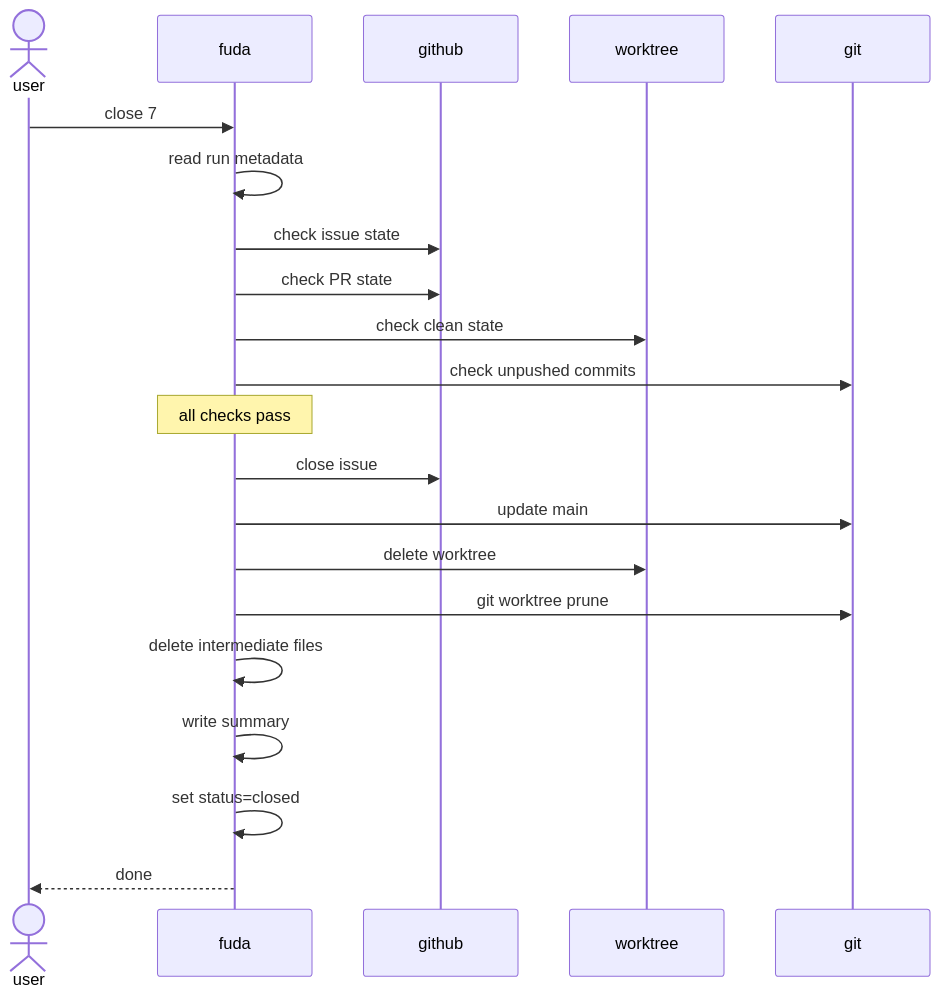
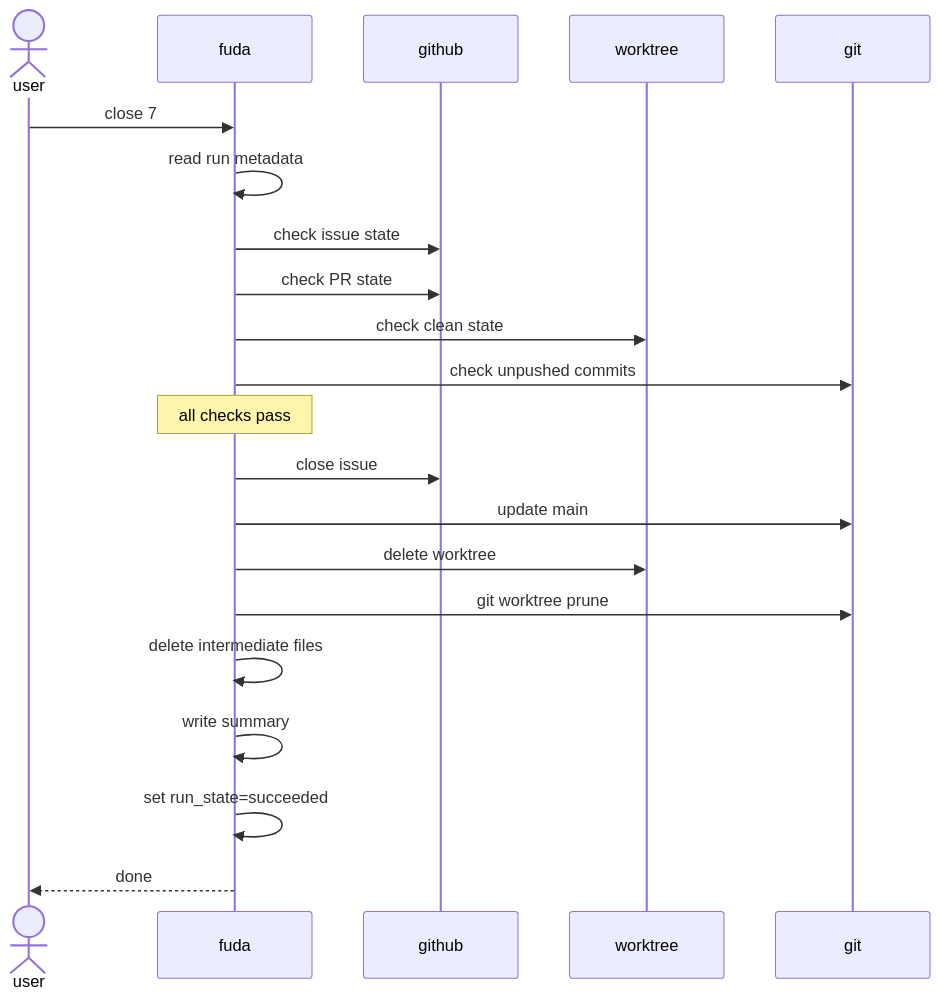
The second of 3 diagrams in docs/internal/processing-sequence.md (tooppoo/Fuda), drawn with Mermaid before and after one commit. The commit also changed other lines of this file and 7 other files, not shown here.

````diff
--- a/docs/internal/processing-sequence.md
+++ b/docs/internal/processing-sequence.md
@@ -138,26 +138,26 @@
 ```mermaid
 sequenceDiagram
     actor user
     participant fuda
     participant github
     participant worktree
     participant git
 
     user->>fuda: close 7
     fuda->>fuda: read run metadata
     fuda->>github: check issue state
     fuda->>github: check PR state
     fuda->>worktree: check clean state
     fuda->>git: check unpushed commits
 
     note over fuda: all checks pass
 
     fuda->>github: close issue
     fuda->>git: update main
     fuda->>worktree: delete worktree
     fuda->>git: git worktree prune
     fuda->>fuda: delete intermediate files
     fuda->>fuda: write summary
-    fuda->>fuda: set status=closed
+    fuda->>fuda: set run_state=succeeded
     fuda-->>user: done
 ```
````
